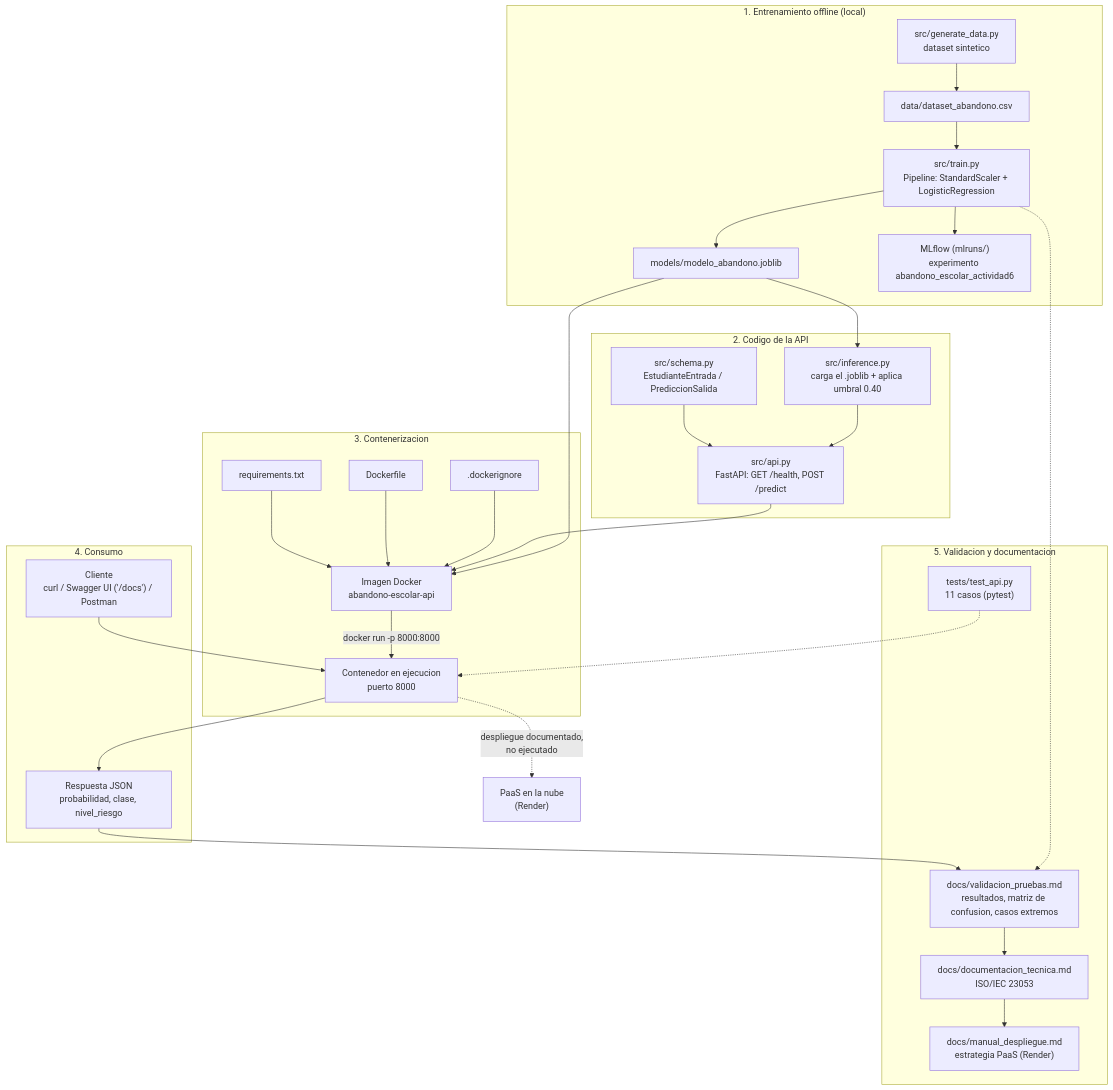
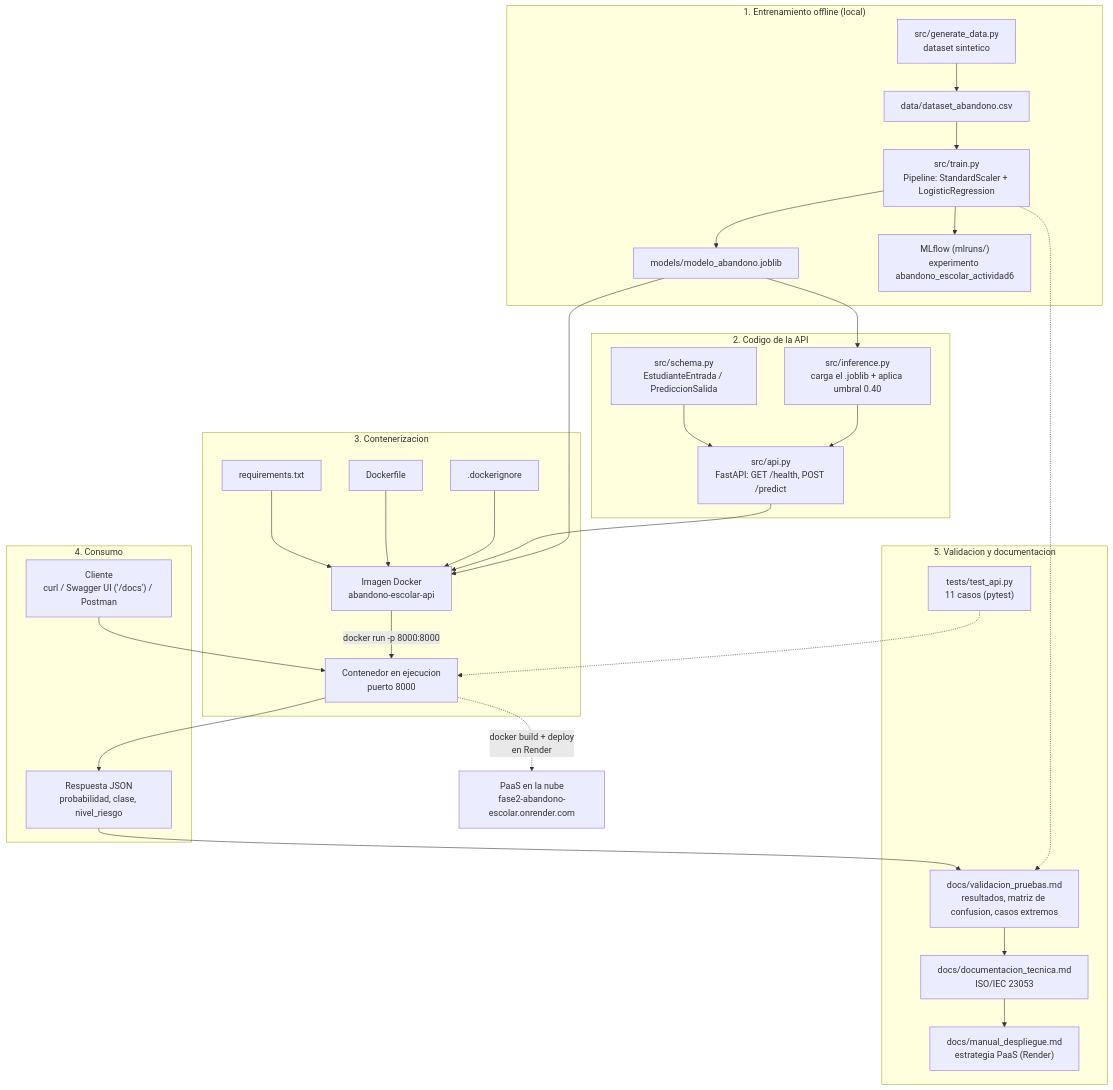
One commit to aislaslo/Fase2_Modelo_Escolar changed the diagram in README.md. Above: the diagram before and after it, drawn with Mermaid. The commit also changed other lines of this file and 2 other files, not shown here.

First line of the commit message:
Documentar el despliegue real en Render y agregar la URL publica

````diff
--- a/README.md
+++ b/README.md
@@ -61,56 +66,56 @@
 ```mermaid
 flowchart TD
     subgraph ENTRENAMIENTO["1. Entrenamiento offline (local)"]
         A["src/generate_data.py<br/>dataset sintetico"]
         B["data/dataset_abandono.csv"]
         C["src/train.py<br/>Pipeline: StandardScaler + LogisticRegression"]
         D["models/modelo_abandono.joblib"]
         E["MLflow (mlruns/)<br/>experimento abandono_escolar_actividad6"]
     end
 
     subgraph CODIGO["2. Codigo de la API"]
         F["src/schema.py<br/>EstudianteEntrada / PrediccionSalida"]
         G["src/inference.py<br/>carga el .joblib + aplica umbral 0.40"]
         H["src/api.py<br/>FastAPI: GET /health, POST /predict"]
     end
 
     subgraph CONTENEDOR["3. Contenerizacion"]
         I["requirements.txt"]
         J["Dockerfile"]
         L[".dockerignore"]
         K["Imagen Docker<br/>abandono-escolar-api"]
         M["Contenedor en ejecucion<br/>puerto 8000"]
     end
 
     subgraph USO["4. Consumo"]
         N["Cliente<br/>curl / Swagger UI ('/docs') / Postman"]
         O["Respuesta JSON<br/>probabilidad, clase, nivel_riesgo"]
     end
 
     subgraph RESULTADOS["5. Validacion y documentacion"]
         P["tests/test_api.py<br/>11 casos (pytest)"]
         Q["docs/validacion_pruebas.md<br/>resultados, matriz de confusion, casos extremos"]
         R["docs/documentacion_tecnica.md<br/>ISO/IEC 23053"]
         S["docs/manual_despliegue.md<br/>estrategia PaaS (Render)"]
     end
 
-    T["PaaS en la nube<br/>(Render)"]
+    T["PaaS en la nube<br/>fase2-abandono-escolar.onrender.com"]
 
     A --> B --> C
     C --> D
     C --> E
     F --> H
     D --> G --> H
     I --> K
     J --> K
     L --> K
     H --> K
     D --> K
     K -->|"docker run -p 8000:8000"| M
     N --> M --> O
     P -.-> M
     O --> Q
     C -.-> Q
     Q --> R --> S
-    M -.->|"despliegue documentado,<br/>no ejecutado"| T
+    M -.->|"docker build + deploy<br/>en Render"| T
 ```
````
